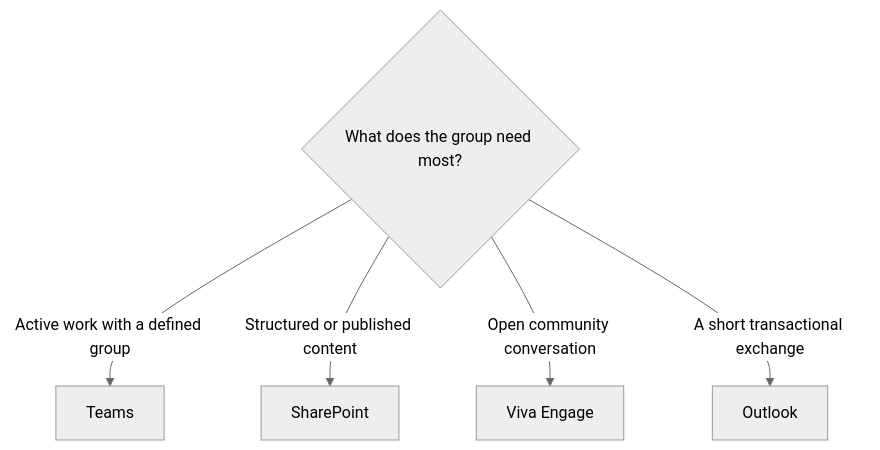
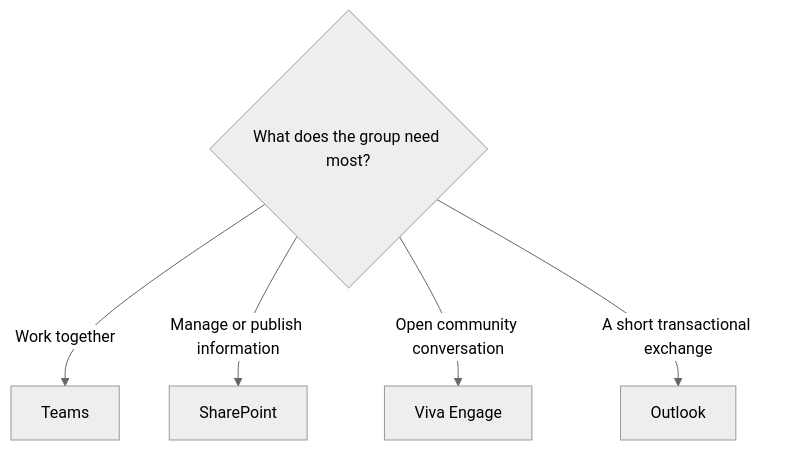
The diagram in docs/decisions/which-collaboration-tool-should-i-use.md (DwayneSelsig/M365wizard), drawn with Mermaid (neutral theme) before and after one commit. The commit also changed other lines of this file and 24 other files, not shown here.

````diff
--- a/docs/decisions/which-collaboration-tool-should-i-use.md
+++ b/docs/decisions/which-collaboration-tool-should-i-use.md
@@ -22,8 +22,8 @@
 ```mermaid
 flowchart TD
     Start{What does the group need most?}
-    Start -->|Active work with a defined group| Teams[Teams]
-    Start -->|Structured or published content| SharePoint[SharePoint]
+    Start -->|Work together| Teams[Teams]
+    Start -->|Manage or publish information| SharePoint[SharePoint]
     Start -->|Open community conversation| VivaEngage[Viva Engage]
     Start -->|A short transactional exchange| Outlook[Outlook]
 ```
````
